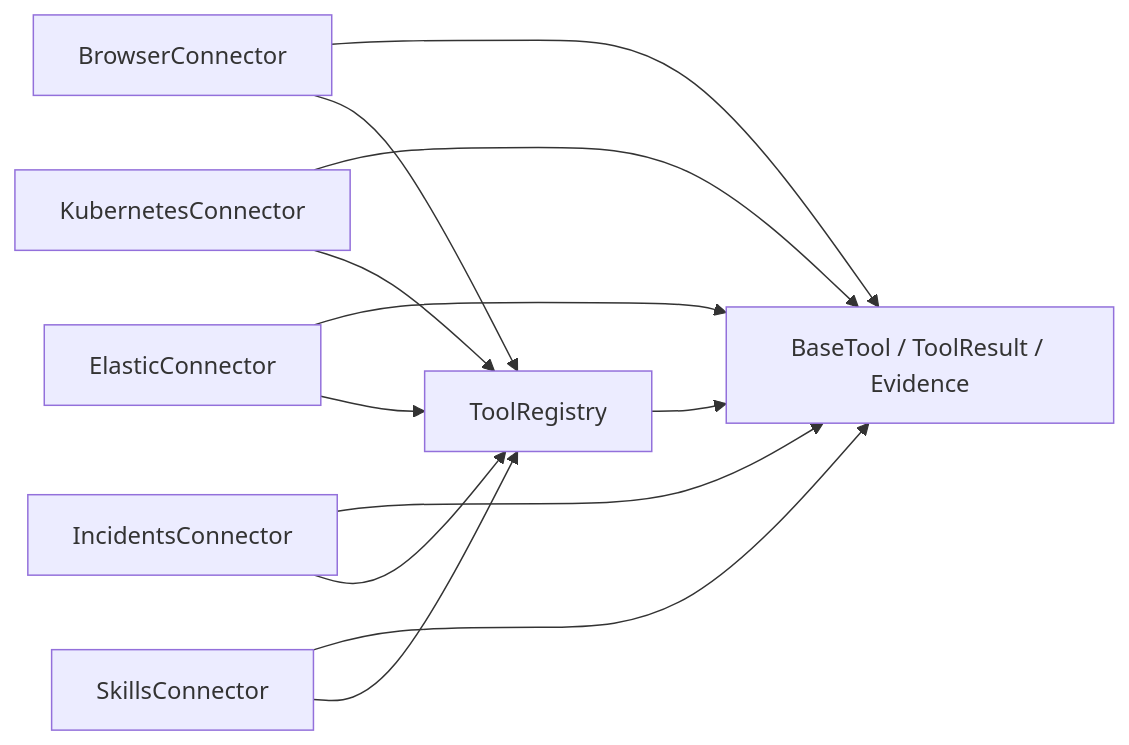
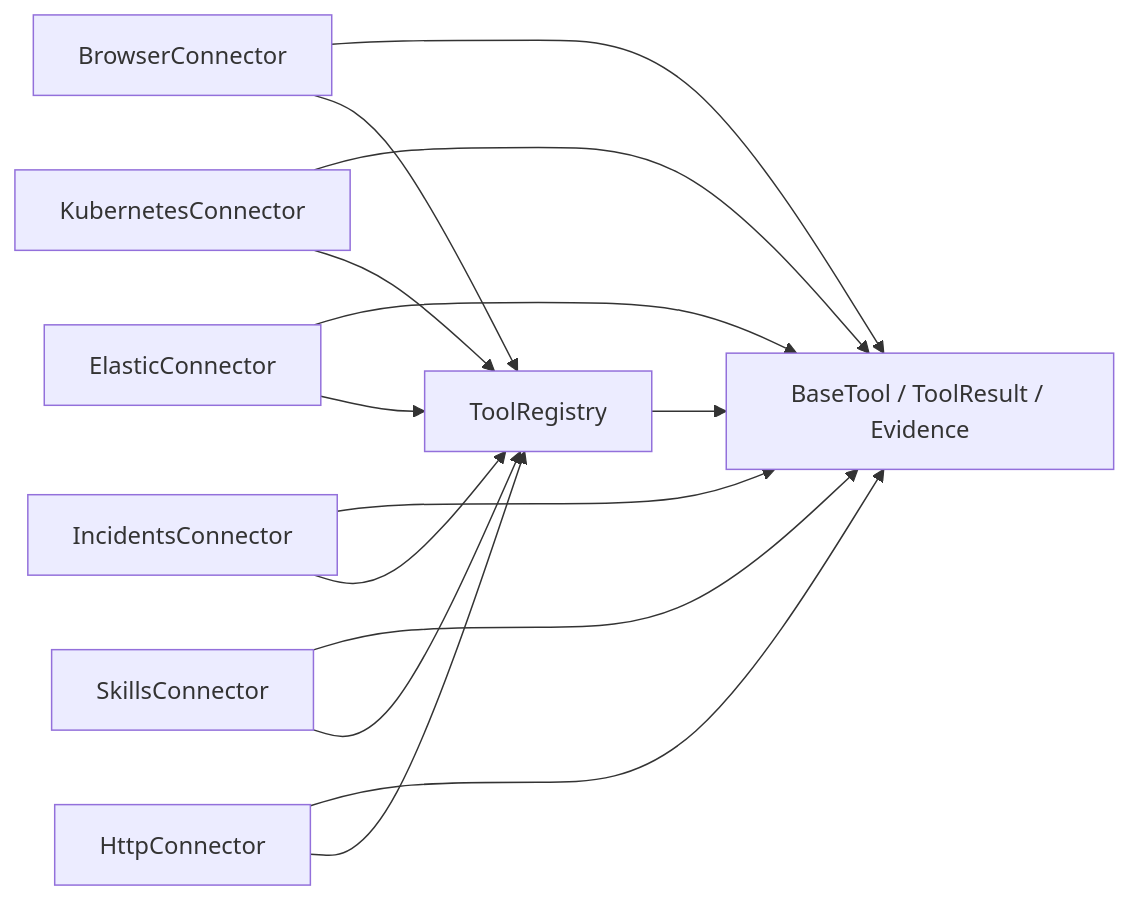
The third of 3 diagrams in .qoder/repowiki/en/content/Core Services/Tool Gateway/Built-in Tool Connectors/Built-in Tool Connectors.md (metasync/luban-aiops), drawn with Mermaid before and after one commit. The commit also changed other lines of this file and 102 other files, not shown here.

````diff
--- a/.qoder/repowiki/en/content/Core Services/Tool Gateway/Built-in Tool Connectors/Built-in Tool Connectors.md
+++ b/.qoder/repowiki/en/content/Core Services/Tool Gateway/Built-in Tool Connectors/Built-in Tool Connectors.md
@@ -325,21 +396,24 @@
 ```mermaid
 graph LR
 BASE["BaseTool / ToolResult / Evidence"]
 REG["ToolRegistry"]
 BR["BrowserConnector"]
 K8S["KubernetesConnector"]
 ES["ElasticConnector"]
 INC["IncidentsConnector"]
 SK["SkillsConnector"]
+HTTP["HttpConnector"]
 BR --> BASE
 K8S --> BASE
 ES --> BASE
 INC --> BASE
 SK --> BASE
+HTTP --> BASE
 REG --> BASE
 BR --> REG
 K8S --> REG
 ES --> REG
 INC --> REG
 SK --> REG
+HTTP --> REG
 ```
````
